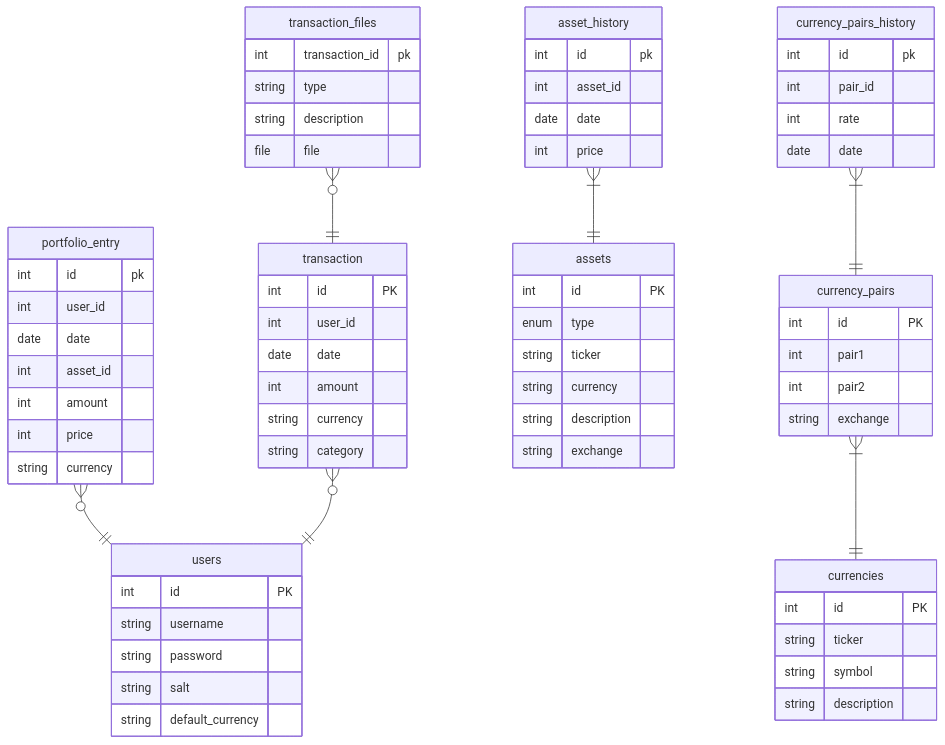
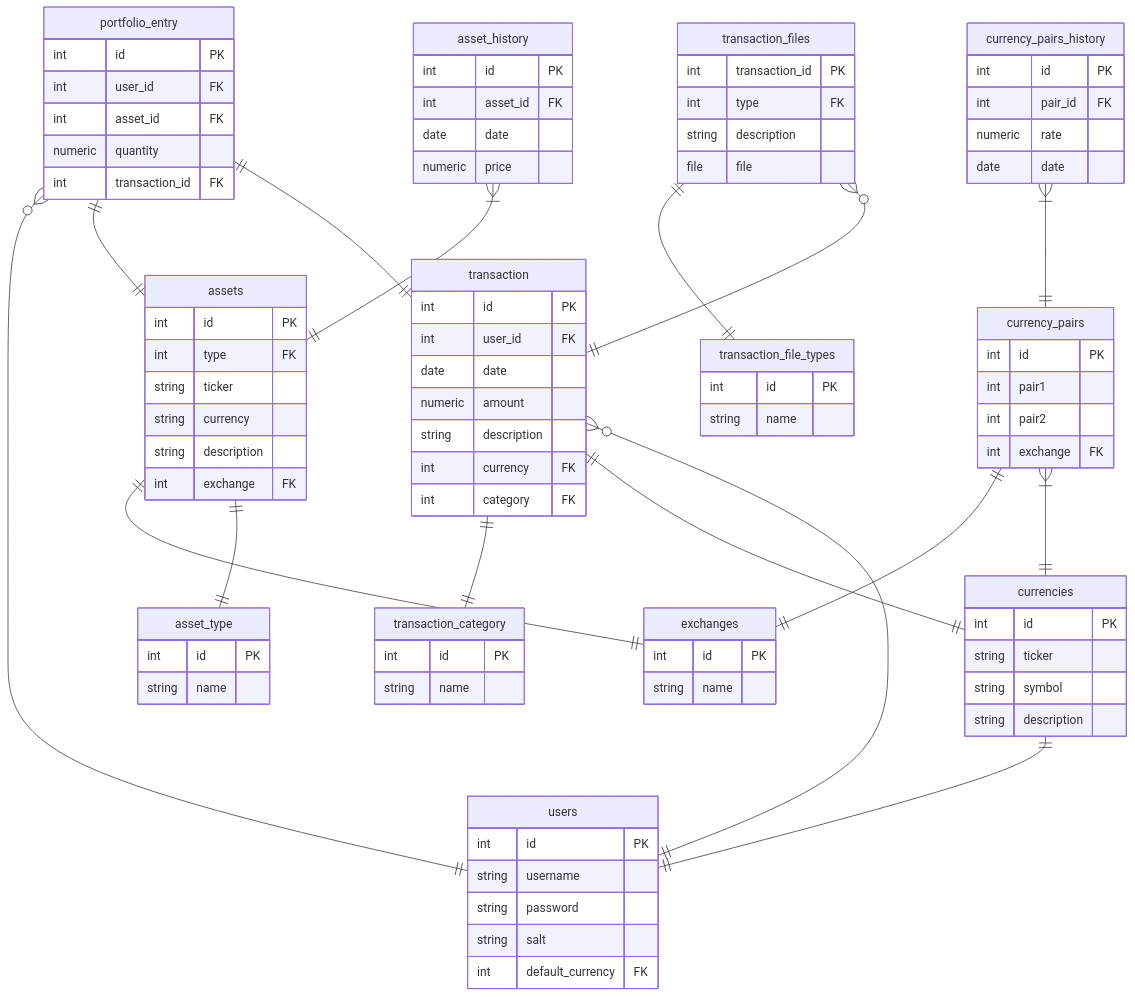
The diagram in database/readme.md (EinarasGar/myra), drawn with Mermaid before and after one commit. The commit also changed 1 other file, not shown here.

Commit message:
Update ERD and domain model diagrams

````diff
--- a/database/readme.md
+++ b/database/readme.md
@@ -5,44 +5,55 @@
         string username
         string password
         string salt
-        string default_currency
+        int default_currency FK
     }
     transaction {
         int id PK
-        int user_id
+        int user_id FK
         date date
-        int amount
-        string currency
-        string category
+        numeric amount
+        string description
+        int currency FK
+        int category FK
+    }
+    transaction_category {
+        int id PK
+        string name
     }
     portfolio_entry {
-        int id pk
-        int user_id
-        date date
-        int asset_id
-        int amount
-        int price
-        string currency
+        int id PK
+        int user_id FK
+        int asset_id FK
+        numeric quantity
+        int transaction_id FK
     }
     transaction_files {
-        int transaction_id pk
-        string type
+        int transaction_id PK
+        int type FK
         string description
         file file
     }
+    transaction_file_types {
+        int id PK
+        string name
+    }
     assets {
         int id PK
-        enum type
+        int type FK
         string ticker
         string currency
         string description
-        string exchange
+        int exchange FK
+    }
+    asset_type {
+        int id PK
+        string name
     }
     asset_history {
-        int id pk
-        int asset_id
+        int id PK
+        int asset_id FK
         date date
-        int price
+        numeric price
     }
     currencies {
         int id PK
@@ -54,18 +65,32 @@
         int id PK
         int pair1
         int pair2
-        string exchange
+        int exchange FK
     }
     currency_pairs_history {
-        int id pk
-        int pair_id
-        int rate
+        int id PK
+        int pair_id FK
+        numeric rate
         date date
     }
+    exchanges {
+        int id PK
+        string name
+    }
     transaction_files }o--|| transaction : ""
-    portfolio_entry }o--|| users : ""
     transaction }o--|| users : ""
     asset_history }|--|| assets : ""
     currency_pairs_history }|--|| currency_pairs : ""
     currency_pairs }|--|| currencies : ""
+    currencies ||--|| users : ""
+    transaction ||--|| currencies : ""
+    portfolio_entry ||--|| transaction : ""
+    portfolio_entry ||--|| assets : ""
+    assets ||--|| asset_type : ""
+    assets ||--|| exchanges : ""
+    currency_pairs ||--|| exchanges : ""
+    transaction_files ||--|| transaction_file_types : ""
+    transaction ||--|| transaction_category : ""
+    portfolio_entry }o--|| users : ""
+
 ```
````
